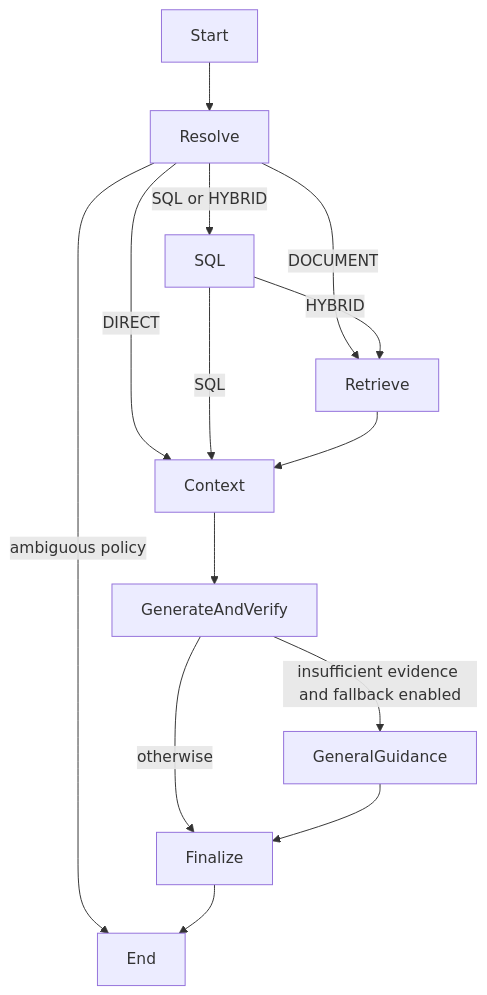
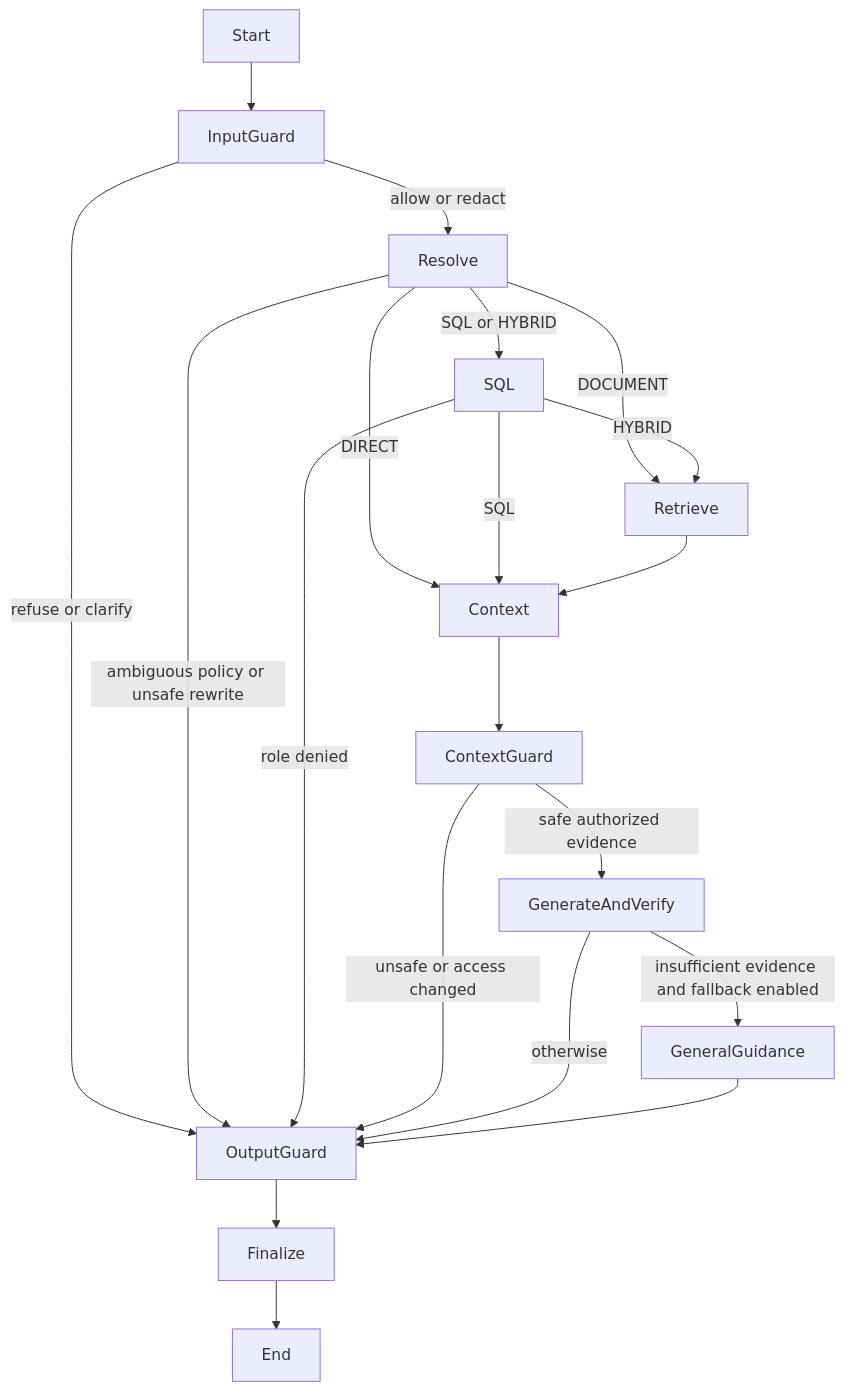
One commit to DEEPUOG21/SAI_GURU_RAG_PLATFORM changed the diagram in docs/observability.md. Above: the diagram before and after it, drawn with Mermaid. The commit also changed other lines of this file and 24 other files, not shown here.

Commit message:
Add graph guardrails and checked-output privacy controls

````diff
--- a/docs/observability.md
+++ b/docs/observability.md
@@ -7,16 +7,22 @@
 ```mermaid
 flowchart TD
-    Start --> Resolve
-    Resolve -->|ambiguous policy| End
+    Start --> InputGuard
+    InputGuard -->|allow or redact| Resolve
+    InputGuard -->|refuse or clarify| OutputGuard
+    Resolve -->|ambiguous policy or unsafe rewrite| OutputGuard
     Resolve -->|SQL or HYBRID| SQL
     Resolve -->|DOCUMENT| Retrieve
     Resolve -->|DIRECT| Context
     SQL -->|HYBRID| Retrieve
     SQL -->|SQL| Context
+    SQL -->|role denied| OutputGuard
     Retrieve --> Context
-    Context --> GenerateAndVerify
+    Context --> ContextGuard
+    ContextGuard -->|safe authorized evidence| GenerateAndVerify
+    ContextGuard -->|unsafe or access changed| OutputGuard
     GenerateAndVerify -->|insufficient evidence and fallback enabled| GeneralGuidance
-    GenerateAndVerify -->|otherwise| Finalize
-    GeneralGuidance --> Finalize
+    GenerateAndVerify -->|otherwise| OutputGuard
+    GeneralGuidance --> OutputGuard
+    OutputGuard --> Finalize
     Finalize --> End
 ```
````
